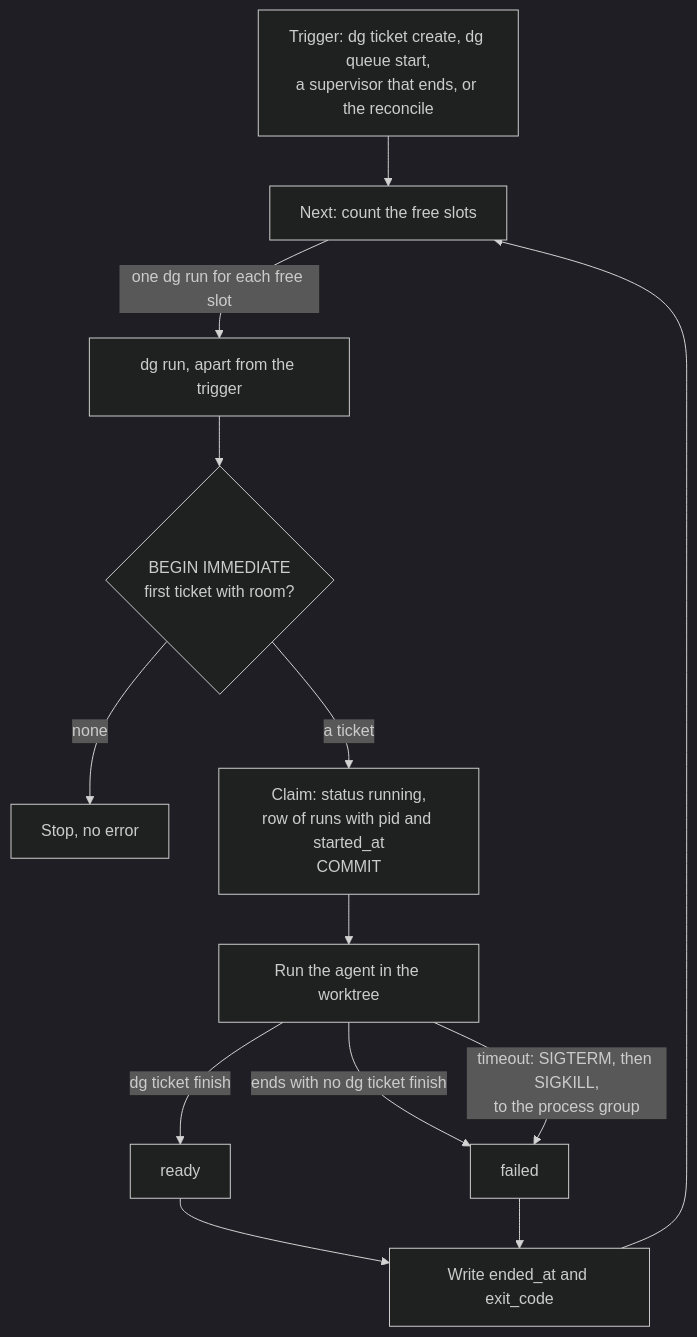
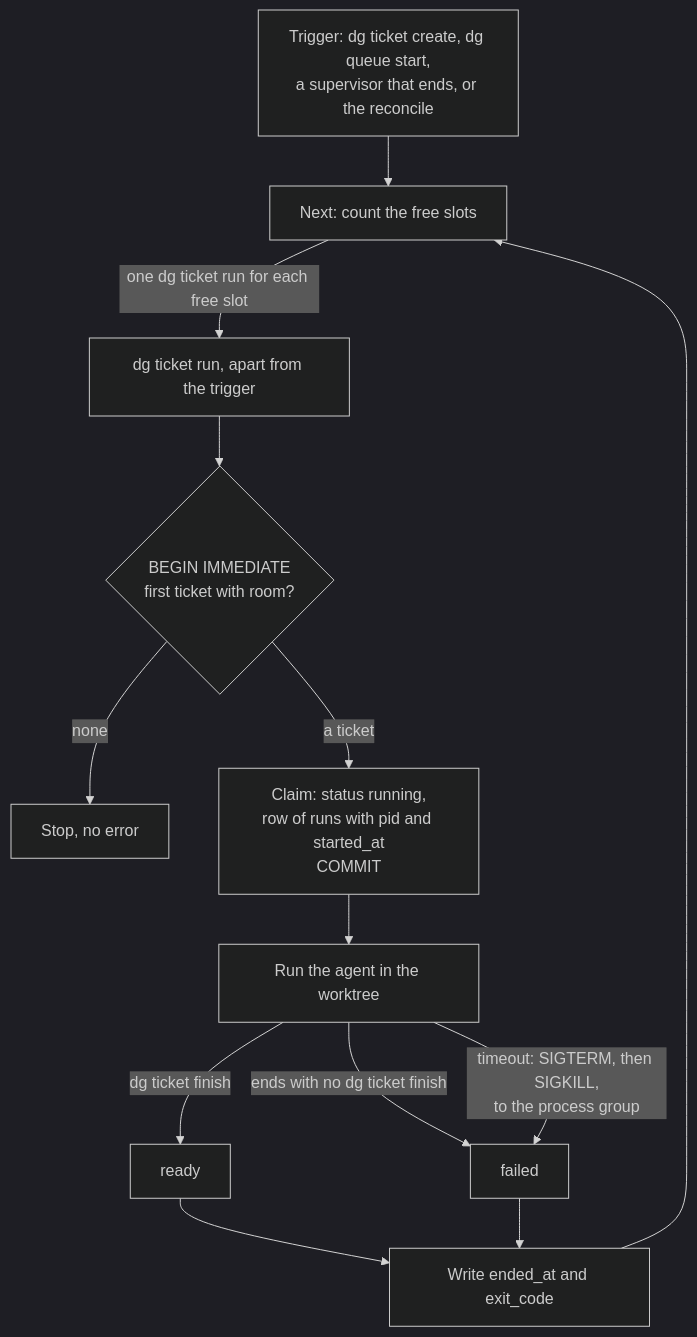
One commit to alcubie/delegator changed the first of 3 diagrams in docs/RUN_CONTROL.md. Above: the diagram before and after it, drawn with Mermaid (dark theme). The commit also changed other lines of this file and 8 other files, not shown here.

First line of the commit message:
Move dg run under dg ticket run

````diff
--- a/docs/RUN_CONTROL.md
+++ b/docs/RUN_CONTROL.md
@@ -293,15 +293,15 @@
 ```mermaid
 flowchart TD
     T["Trigger: dg ticket create, dg queue start,<br>a supervisor that ends, or the reconcile"] --> N["Next: count the free slots"]
-    N -->|"one dg run for each free slot"| S["dg run, apart from the trigger"]
+    N -->|"one dg ticket run for each free slot"| S["dg ticket run, apart from the trigger"]
     S --> C{"BEGIN IMMEDIATE<br>first ticket with room?"}
     C -->|"none"| X["Stop, no error"]
     C -->|"a ticket"| W["Claim: status running,<br>row of runs with pid and started_at<br>COMMIT"]
     W --> A["Run the agent in the worktree"]
     A -->|"dg ticket finish"| R["ready"]
     A -->|"ends with no dg ticket finish"| F["failed"]
     A -->|"timeout: SIGTERM, then SIGKILL,<br>to the process group"| F
     R --> E["Write ended_at and exit_code"]
     F --> E
     E --> N
 ```
````
